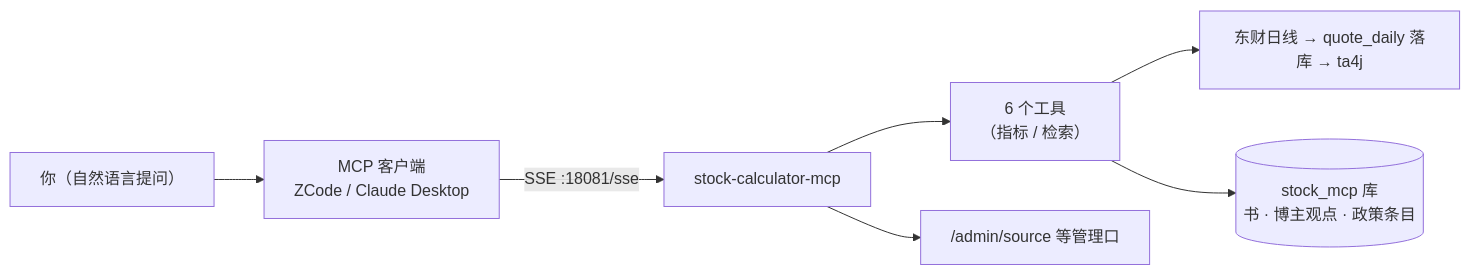
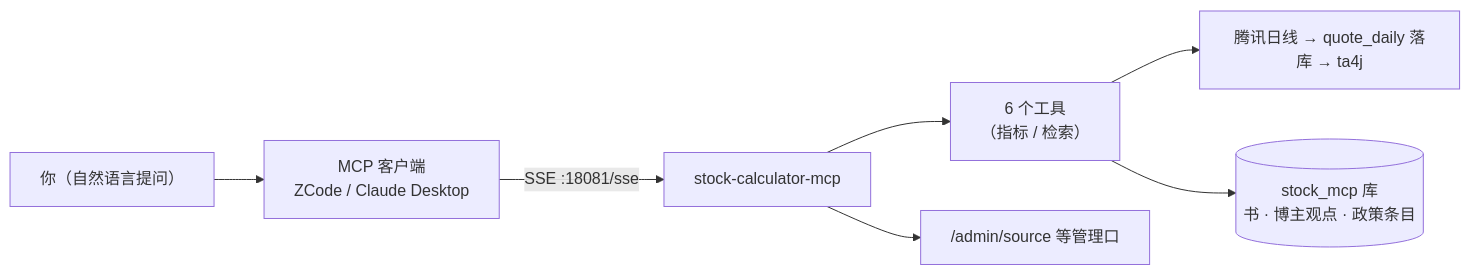
The diagram in docs/mcp/usage.md (loveheng/stock-calculator-service), drawn with Mermaid before and after one commit. The commit also changed other lines of this file and 177 other files, not shown here.

````diff
--- a/docs/mcp/usage.md
+++ b/docs/mcp/usage.md
@@ -19,9 +19,9 @@
 ```mermaid
 flowchart LR
     U["你（自然语言提问）"] --> C["MCP 客户端<br/>ZCode / Claude Desktop"]
     C -->|"SSE :18081/sse"| M["stock-calculator-mcp"]
     M --> T["6 个工具<br/>（指标 / 检索）"]
     M --> A["/admin/source 等管理口"]
-    T --> Q["东财日线 → quote_daily 落库 → ta4j"]
+    T --> Q["腾讯日线 → quote_daily 落库 → ta4j"]
     T --> K[("stock_mcp 库<br/>书 · 博主观点 · 政策条目")]
 ```
````
